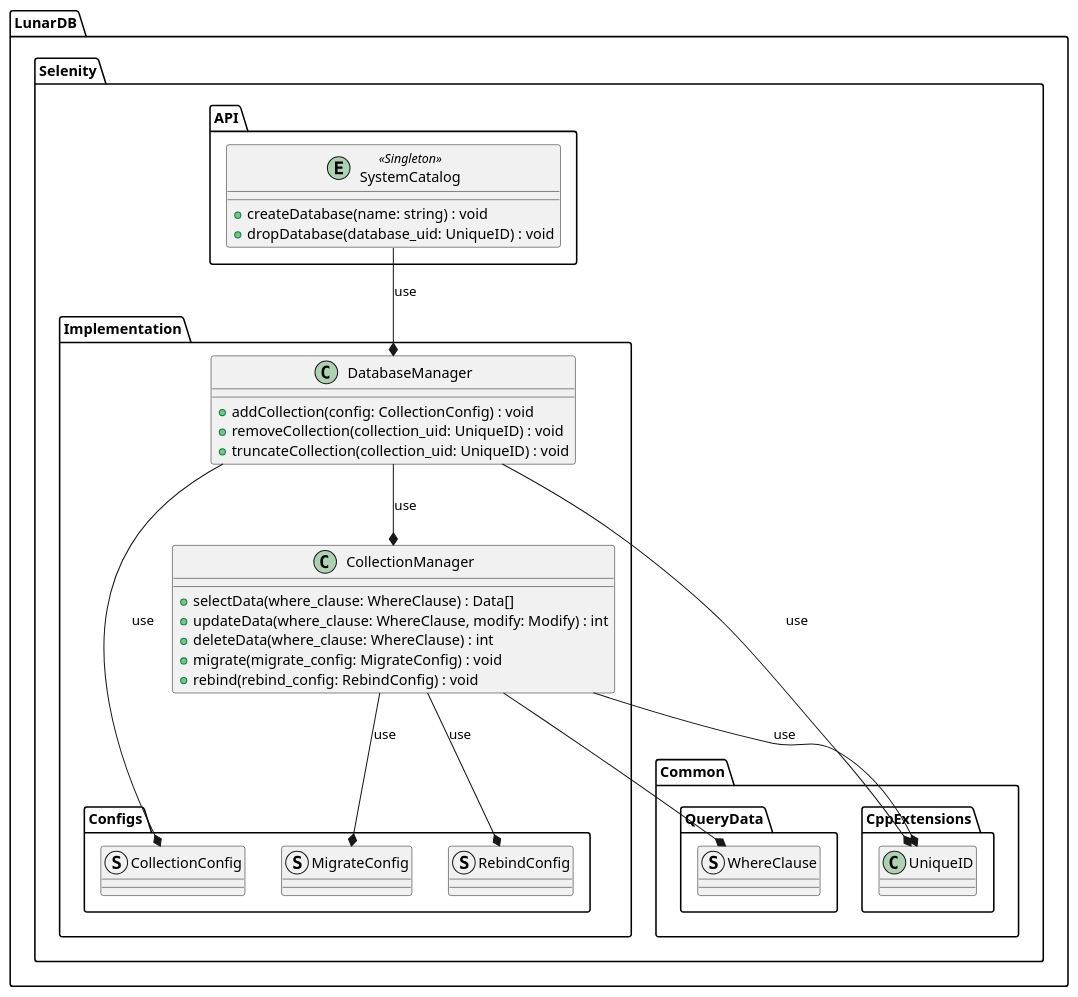
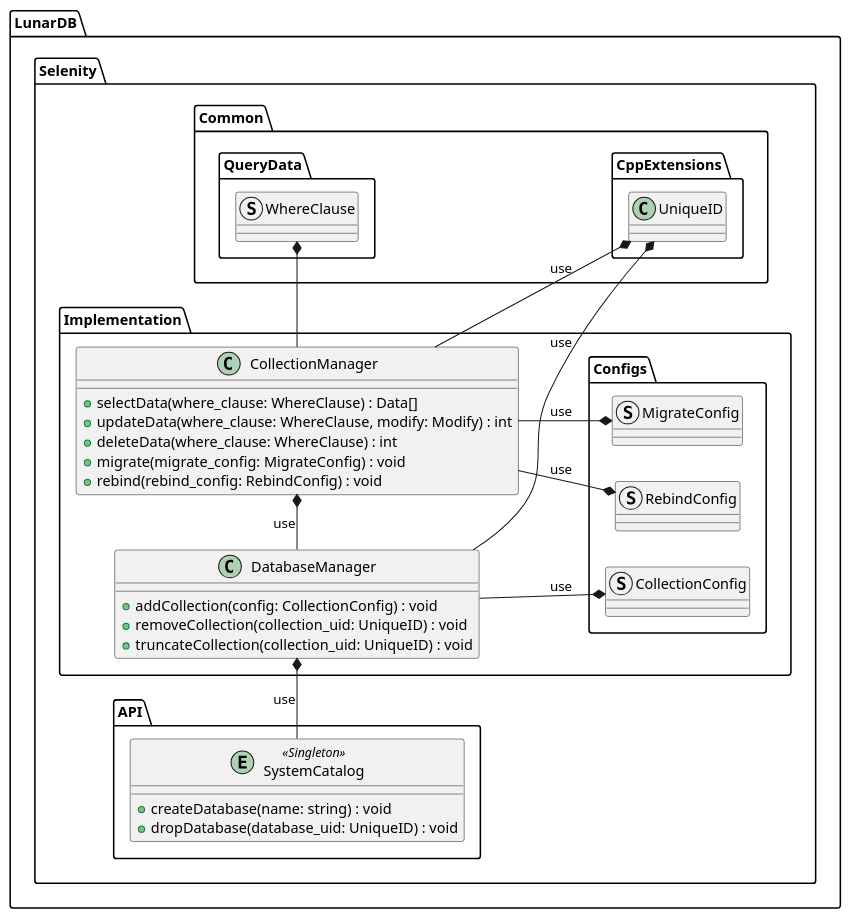
One commit to TheAncientOwl/lunardb changed the diagram in docs/Selenity/Architecture.puml. Above: the diagram before and after it, drawn with PlantUML.

Commit message:
Tweak Selenity arch diagram

```diff
--- a/docs/Selenity/Architecture.puml
+++ b/docs/Selenity/Architecture.puml
@@ -1,67 +1,75 @@
 @startuml Selenity
+
+left to right direction
 
 namespace LunarDB {
 namespace Selenity {
 
 namespace Common {
 
 namespace CppExtensions {
 class UniqueID {}
 }
 
 namespace QueryData {
 struct WhereClause {}
 }
 
 }
 
 namespace Implementation {
 
 namespace Configs {
 
 struct CollectionConfig {}
 struct MigrateConfig {}
 struct RebindConfig {}
 
 }
 
 class DatabaseManager {
     + addCollection(config: CollectionConfig) : void
     + removeCollection(collection_uid: UniqueID) : void
     + truncateCollection(collection_uid: UniqueID) : void
 }
 
 class CollectionManager {
     + selectData(where_clause: WhereClause) : Data[]
     + updateData(where_clause: WhereClause, modify: Modify) : int
     + deleteData(where_clause: WhereClause) : int
     + migrate(migrate_config: MigrateConfig) : void
     + rebind(rebind_config: RebindConfig) : void
 }
 
 }
 
 namespace API {
 
 entity SystemCatalog <<Singleton>> {
     + createDatabase(name: string) : void
     + dropDatabase(database_uid: UniqueID) : void
 }
 
 }
 
 Implementation.DatabaseManager --* Implementation.Configs.CollectionConfig : use
-Implementation.DatabaseManager --* Implementation.CollectionManager : use
-Implementation.DatabaseManager ---* Common.CppExtensions.UniqueID : use
+Implementation.DatabaseManager -* Implementation.CollectionManager : use
+Implementation.DatabaseManager --* Common.CppExtensions.UniqueID : use
 
-Implementation.CollectionManager --* Implementation.Configs.MigrateConfig : use
-Implementation.CollectionManager --* Implementation.Configs.RebindConfig : use
+Implementation.CollectionManager -* Implementation.Configs.MigrateConfig : use
+Implementation.CollectionManager -* Implementation.Configs.RebindConfig : use
 Implementation.CollectionManager --* Common.QueryData.WhereClause
-Implementation.CollectionManager -* Common.CppExtensions.UniqueID : use
+Implementation.CollectionManager --* Common.CppExtensions.UniqueID : use
 
-API.SystemCatalog --* Implementation.DatabaseManager : use
+API.SystemCatalog -* Implementation.DatabaseManager : use
+
+API.SystemCatalog -[hidden]> Implementation.DatabaseManager
+Implementation.DatabaseManager -[hidden]> Implementation.CollectionManager
+Common.QueryData.WhereClause -[hidden]> Implementation.CollectionManager
+
+Common.QueryData.WhereClause -[hidden]-> Common.CppExtensions.UniqueID
 
 }
 }
 
 @enduml
```
